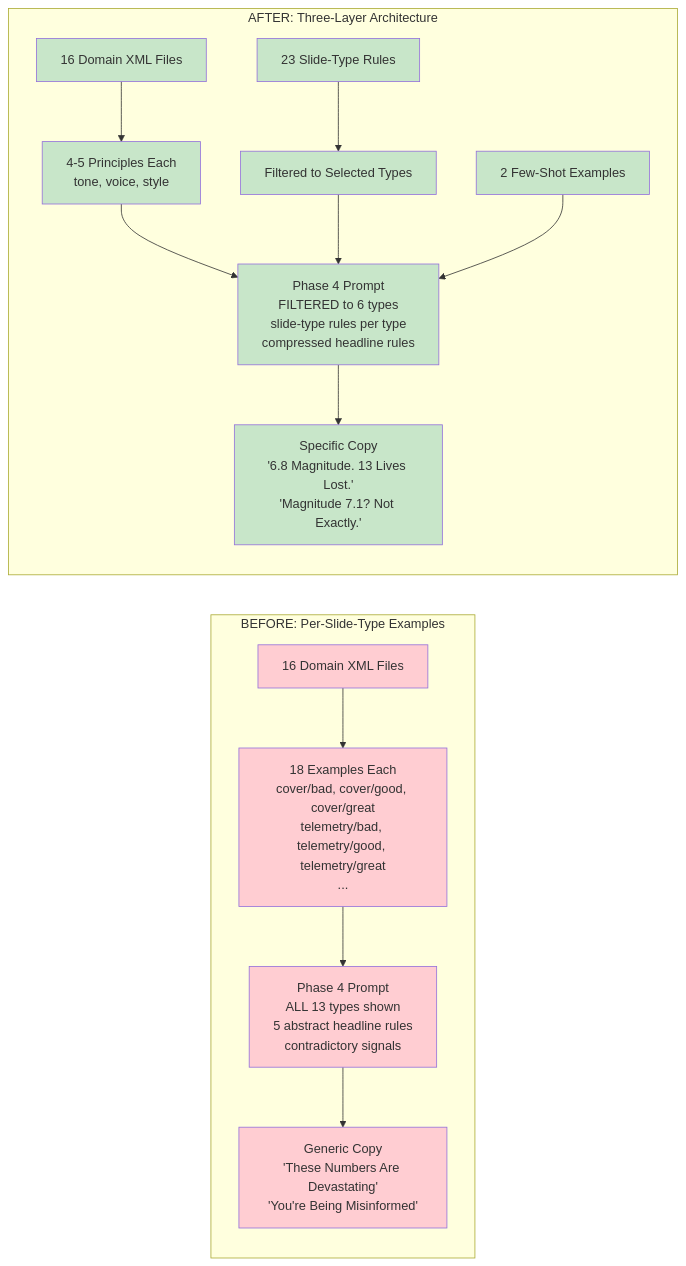
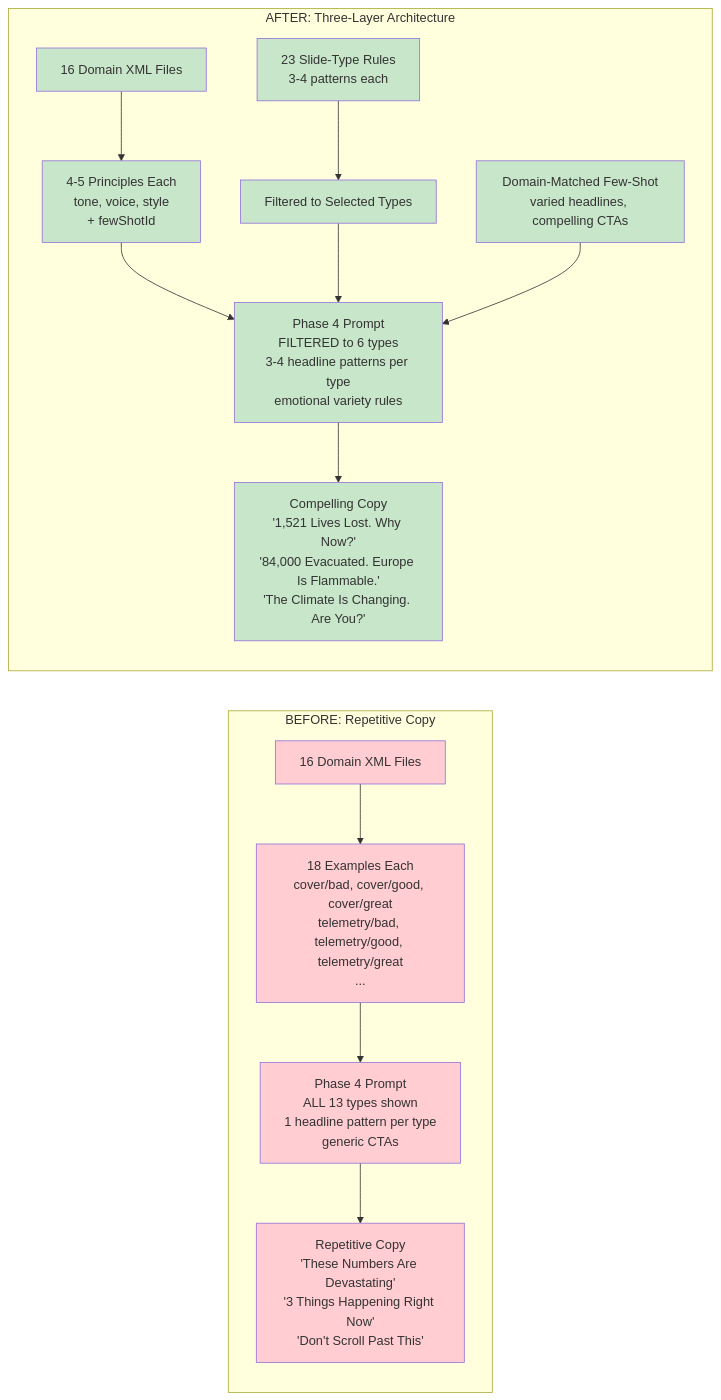
One commit to vaz3r/loopreel changed the diagram in docs/before-after.mmd. Above: the diagram before and after it, drawn with Mermaid. The commit also changed 3 other files, not shown here.

Commit message:
feat: update slide headlines for emotional impact and specificity in multi-phase presentation

```diff
--- a/docs/before-after.mmd
+++ b/docs/before-after.mmd
@@ -1,27 +1,27 @@
 graph LR
-    subgraph "BEFORE: Per-Slide-Type Examples"
+    subgraph "BEFORE: Repetitive Copy"
         A1[16 Domain XML Files] --> B1[18 Examples Each<br/>cover/bad, cover/good, cover/great<br/>telemetry/bad, telemetry/good, telemetry/great<br/>...]
-        B1 --> C1[Phase 4 Prompt<br/>ALL 13 types shown<br/>5 abstract headline rules<br/>contradictory signals]
-        C1 --> D1[Generic Copy<br/>'These Numbers Are Devastating'<br/>'You're Being Misinformed']
+        B1 --> C1[Phase 4 Prompt<br/>ALL 13 types shown<br/>1 headline pattern per type<br/>generic CTAs]
+        C1 --> D1[Repetitive Copy<br/>'These Numbers Are Devastating'<br/>'3 Things Happening Right Now'<br/>'Don't Scroll Past This']
     end
 
     subgraph "AFTER: Three-Layer Architecture"
-        A2[16 Domain XML Files] --> B2[4-5 Principles Each<br/>tone, voice, style]
-        B2 --> C2[Phase 4 Prompt<br/>FILTERED to 6 types<br/>slide-type rules per type<br/>compressed headline rules]
-        D2[23 Slide-Type Rules] --> E2[Filtered to Selected Types]
+        A2[16 Domain XML Files] --> B2[4-5 Principles Each<br/>tone, voice, style<br/>+ fewShotId]
+        B2 --> C2[Phase 4 Prompt<br/>FILTERED to 6 types<br/>3-4 headline patterns per type<br/>emotional variety rules]
+        D2[23 Slide-Type Rules<br/>3-4 patterns each] --> E2[Filtered to Selected Types]
         E2 --> C2
-        F2[2 Few-Shot Examples] --> C2
-        C2 --> G2[Specific Copy<br/>'6.8 Magnitude. 13 Lives Lost.'<br/>'Magnitude 7.1? Not Exactly.']
+        F2[Domain-Matched Few-Shot<br/>varied headlines, compelling CTAs] --> C2
+        C2 --> G2[Compelling Copy<br/>'1,521 Lives Lost. Why Now?'<br/>'84,000 Evacuated. Europe Is Flammable.'<br/>'The Climate Is Changing. Are You?']
     end
 
     style A1 fill:#ffcdd2
     style B1 fill:#ffcdd2
     style C1 fill:#ffcdd2
     style D1 fill:#ffcdd2
     style A2 fill:#c8e6c9
     style B2 fill:#c8e6c9
     style C2 fill:#c8e6c9
     style D2 fill:#c8e6c9
     style E2 fill:#c8e6c9
     style F2 fill:#c8e6c9
     style G2 fill:#c8e6c9
```
